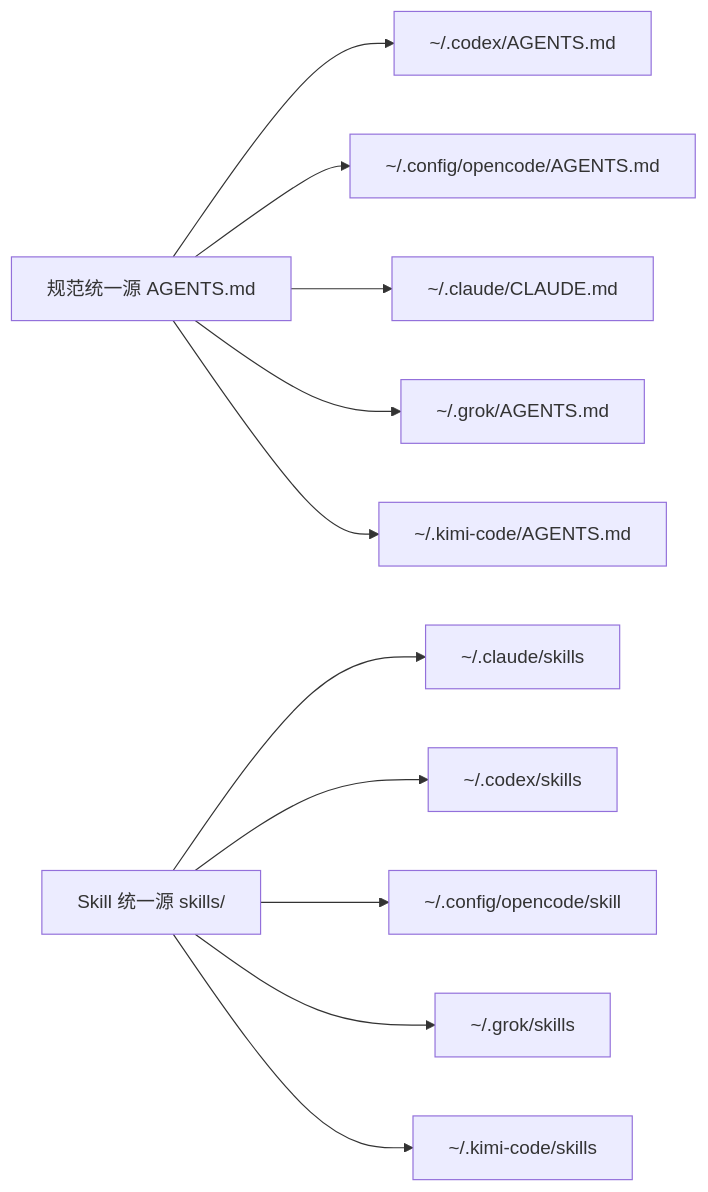
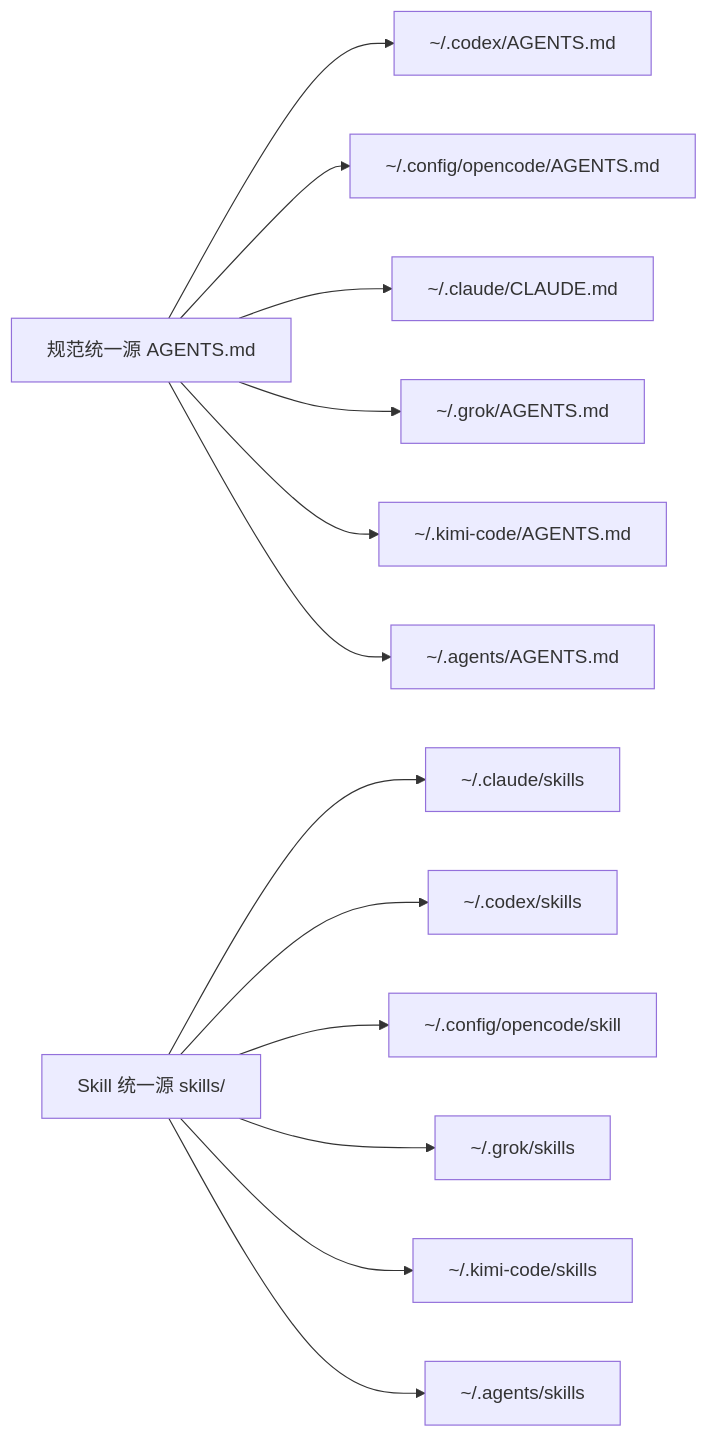
The second of 2 diagrams in docs/AGENTSYNC_KNOWLEDGE_BASE.md (x0c/agentsync), drawn with Mermaid before and after one commit. The commit also changed other lines of this file and 6 other files, not shown here.

````diff
--- a/docs/AGENTSYNC_KNOWLEDGE_BASE.md
+++ b/docs/AGENTSYNC_KNOWLEDGE_BASE.md
@@ -55,13 +55,15 @@
 ```mermaid
 flowchart LR
     Source[规范统一源 AGENTS.md] --> Codex[~/.codex/AGENTS.md]
     Source --> OpenCode[~/.config/opencode/AGENTS.md]
     Source --> Claude[~/.claude/CLAUDE.md]
     Source --> Grok[~/.grok/AGENTS.md]
     Source --> Kimi[~/.kimi-code/AGENTS.md]
+    Source --> Agents[~/.agents/AGENTS.md]
     SkillSource[Skill 统一源 skills/] --> ClaudeSkills[~/.claude/skills]
     SkillSource --> CodexSkills[~/.codex/skills]
     SkillSource --> OpenCodeSkills[~/.config/opencode/skill]
     SkillSource --> GrokSkills[~/.grok/skills]
     SkillSource --> KimiSkills[~/.kimi-code/skills]
+    SkillSource --> AgentsSkills[~/.agents/skills]
 ```
````
